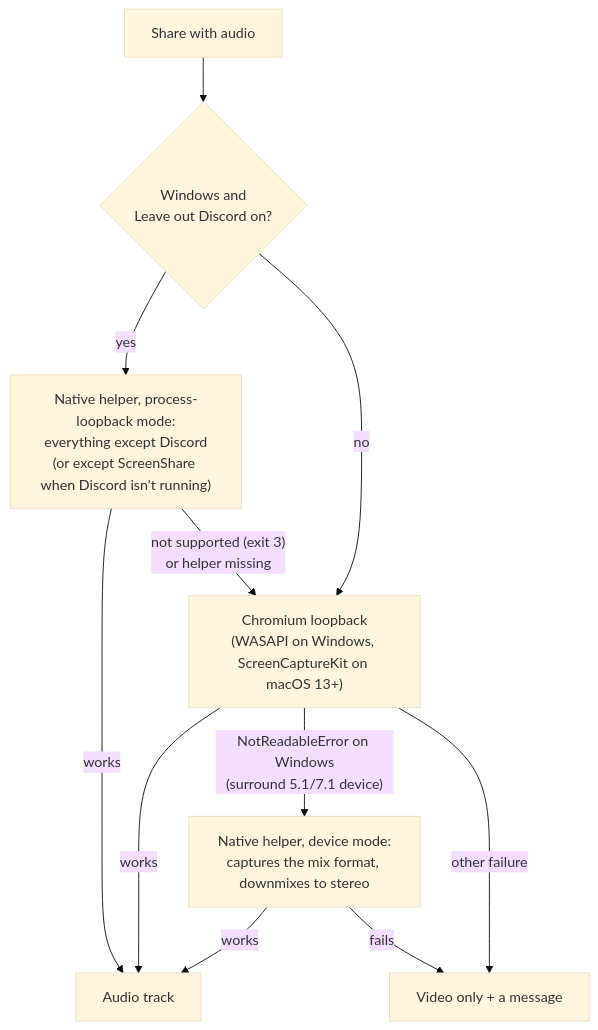
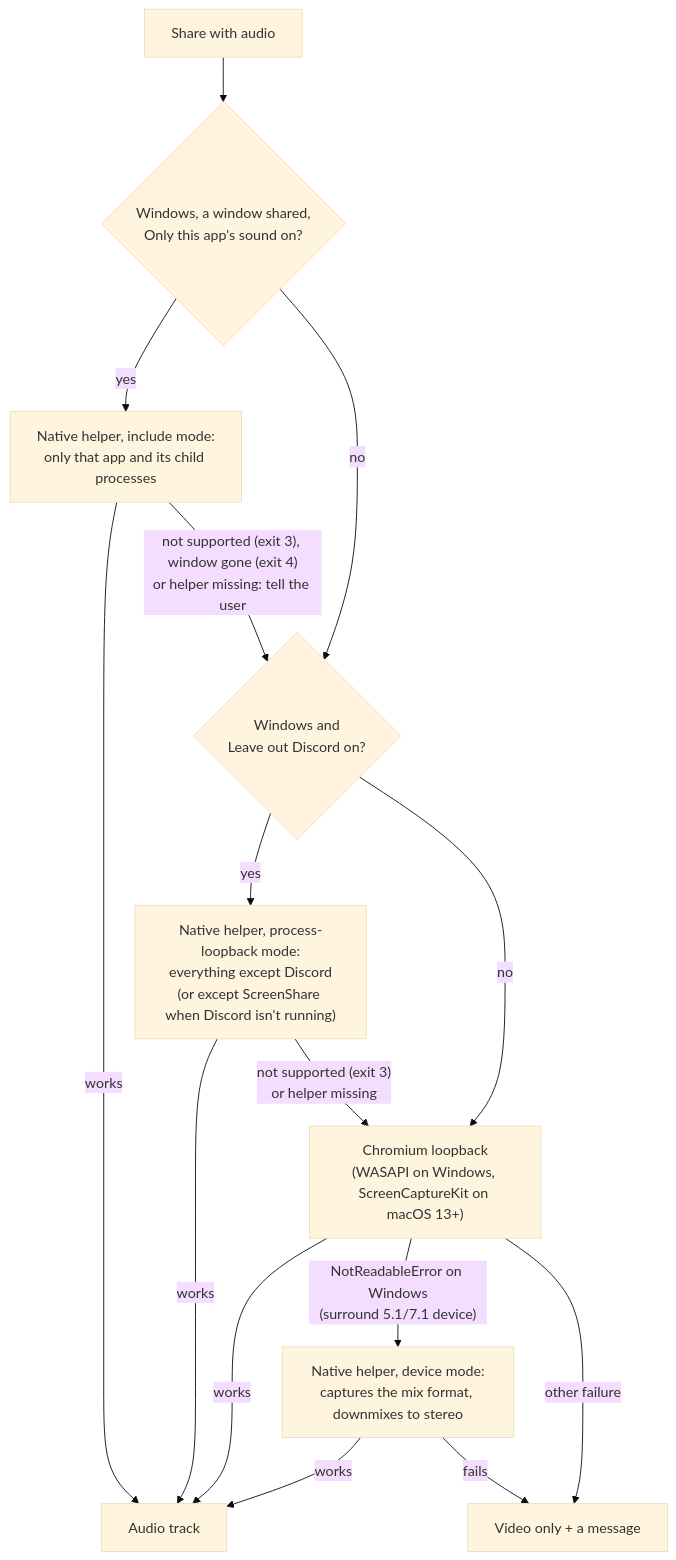
The sixth of 6 diagrams in docs/en-US/media-pipeline.md (nsfxu/lan-screenshare), drawn with Mermaid (base theme) before and after one commit. The commit also changed other lines of this file and 23 other files, not shown here.

First line of the commit message:
Share only the shared window's app sound (Windows)

````diff
--- a/docs/en-US/media-pipeline.md
+++ b/docs/en-US/media-pipeline.md
@@ -201,13 +201,17 @@
 ```mermaid
 flowchart TD
-  S["Share with audio"] --> Q{"Windows and<br/>Leave out Discord on?"}
+  S["Share with audio"] --> A{"Windows, a window shared,<br/>Only this app's sound on?"}
+  A -->|yes| H0["Native helper, include mode:<br/>only that app and its child processes"]
+  H0 -->|works| OK
+  H0 -->|"not supported (exit 3), window gone (exit 4)<br/>or helper missing: tell the user"| Q
+  A -->|no| Q{"Windows and<br/>Leave out Discord on?"}
   Q -->|yes| H1["Native helper, process-loopback mode:<br/>everything except Discord<br/>(or except ScreenShare when Discord isn't running)"]
   H1 -->|works| OK["Audio track"]
   H1 -->|"not supported (exit 3)<br/>or helper missing"| C
   Q -->|no| C["Chromium loopback<br/>(WASAPI on Windows, ScreenCaptureKit on macOS 13+)"]
   C -->|works| OK
   C -->|"NotReadableError on Windows<br/>(surround 5.1/7.1 device)"| H2["Native helper, device mode:<br/>captures the mix format, downmixes to stereo"]
   H2 -->|works| OK
   C -->|"other failure"| NO["Video only + a message"]
   H2 -->|fails| NO
 ```
````
